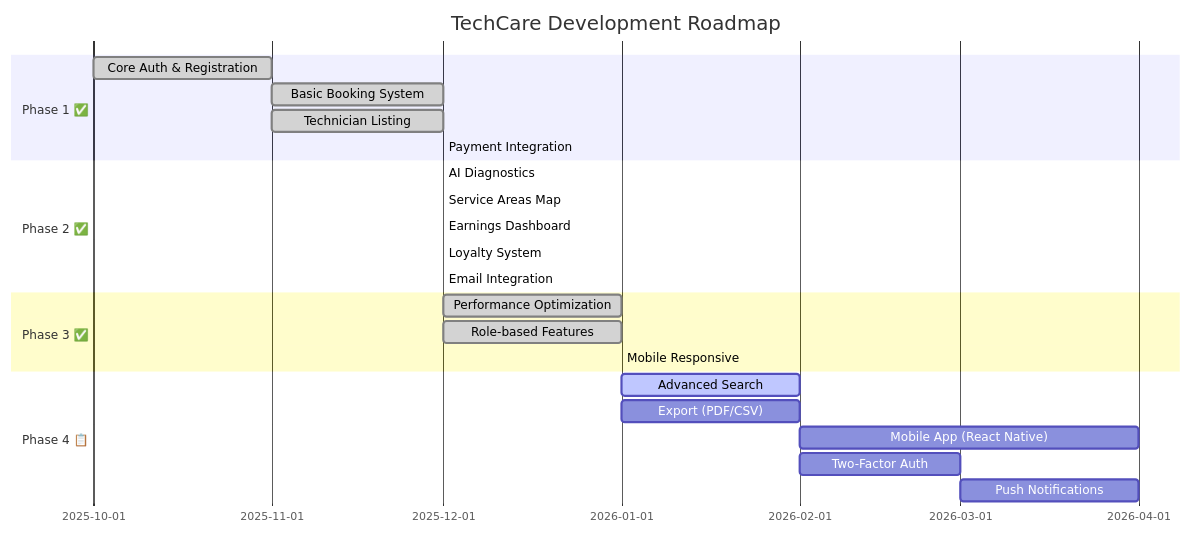
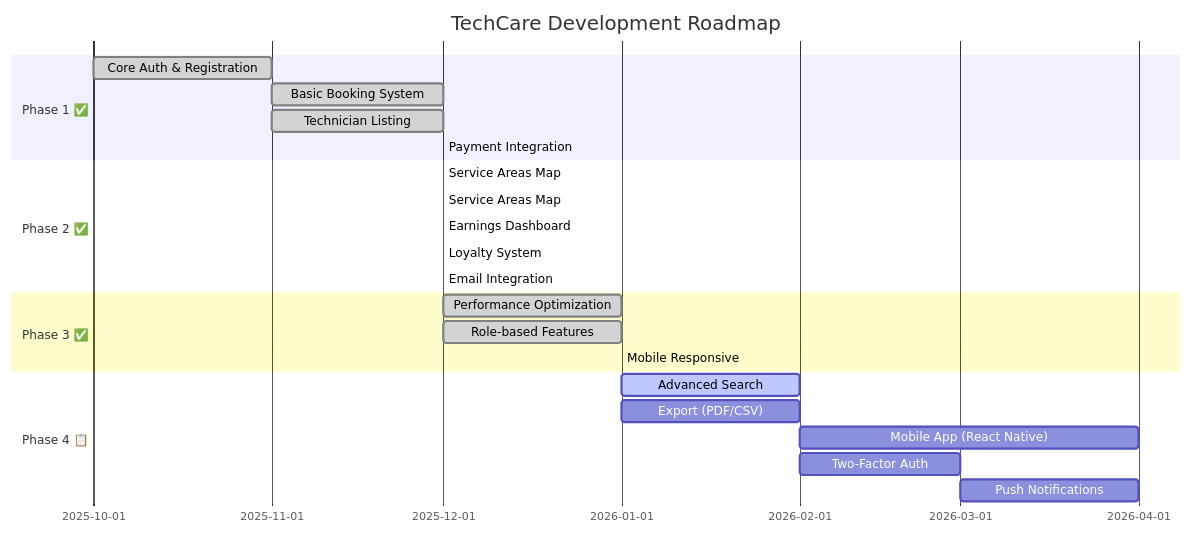
One commit to Irchika774/Tech-Care_official changed diagram 12 of 12 in README.md. Above: the diagram before and after it, drawn with Mermaid. The commit also changed other lines of this file, not shown here.

Commit message:
docs: fix diagrams rendering and remove AI Diagnostics mentions

````diff
--- a/README.md
+++ b/README.md
@@ -928,29 +864,29 @@
 ```mermaid
 gantt
     title TechCare Development Roadmap
     dateFormat  YYYY-MM
     section Phase 1 ✅
     Core Auth & Registration    :done, 2025-10, 2025-11
     Basic Booking System        :done, 2025-11, 2025-12
     Technician Listing          :done, 2025-11, 2025-12
     Payment Integration         :done, 2025-12, 2025-12
     
     section Phase 2 ✅
-    AI Diagnostics              :done, 2025-12, 2025-12
+    Service Areas Map           :done, 2025-12, 2025-12
     Service Areas Map           :done, 2025-12, 2025-12
     Earnings Dashboard          :done, 2025-12, 2025-12
     Loyalty System              :done, 2025-12, 2025-12
     Email Integration           :done, 2025-12, 2025-12
     
     section Phase 3 ✅
     Performance Optimization    :done, 2025-12, 2026-01
     Role-based Features         :done, 2025-12, 2026-01
     Mobile Responsive           :done, 2026-01, 2026-01
     
     section Phase 4 📋
     Advanced Search             :active, 2026-01, 2026-02
     Export (PDF/CSV)            :2026-01, 2026-02
     Mobile App (React Native)   :2026-02, 2026-04
     Two-Factor Auth             :2026-02, 2026-03
     Push Notifications          :2026-03, 2026-04
 ```
````
